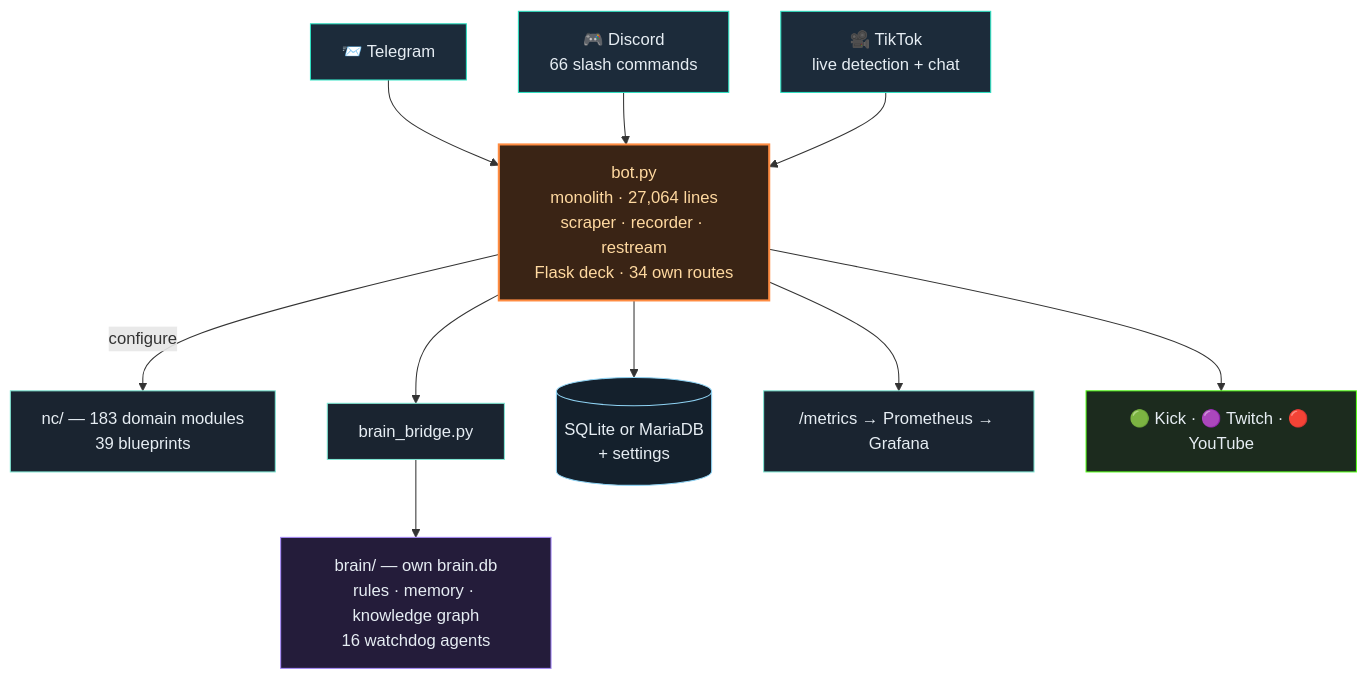
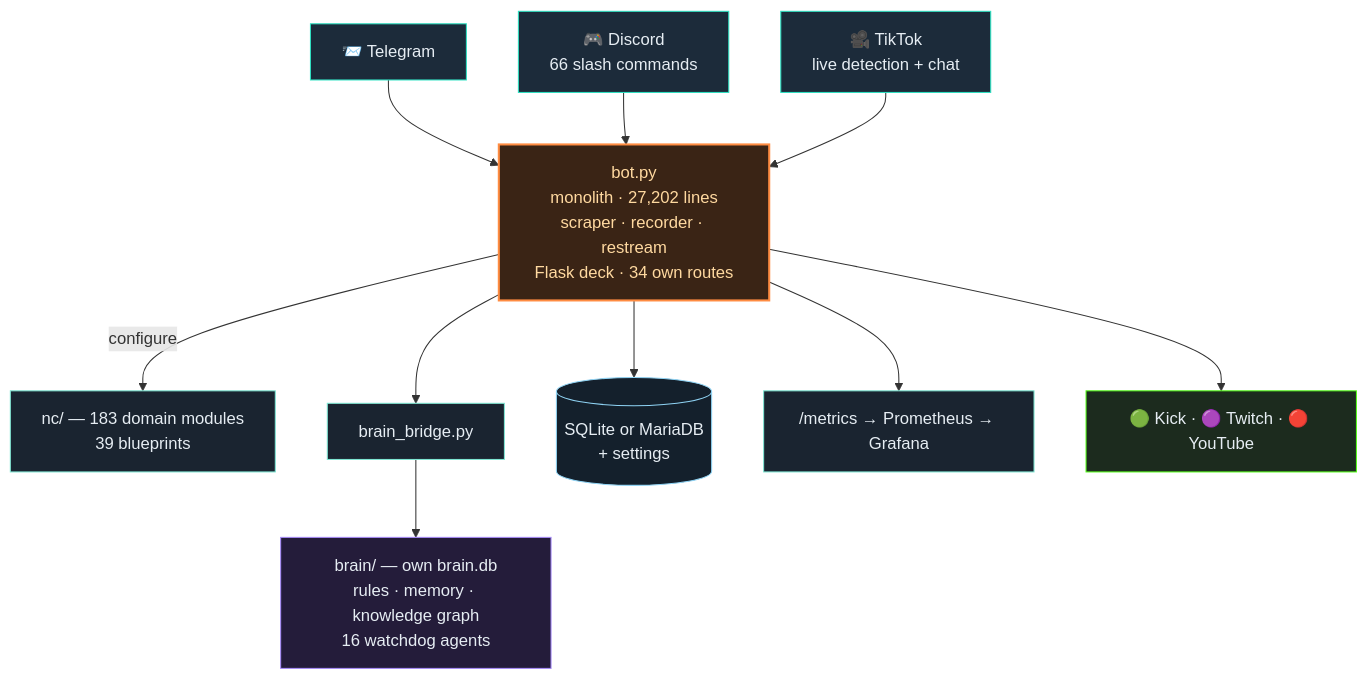
The second of 3 diagrams in README.en.md (itsamemedev/Telegram-Stream-Info-Bot), drawn with Mermaid before and after one commit. The commit also changed other lines of this file and 15 other files, not shown here.

````diff
--- a/README.en.md
+++ b/README.en.md
@@ -119,19 +119,19 @@
 ```mermaid
 flowchart TB
     TG["📨 Telegram"]:::ein --> BOT
     DC["🎮 Discord<br/>66 slash commands"]:::ein --> BOT
     TT["🎥 TikTok<br/>live detection + chat"]:::ein --> BOT
-    BOT["bot.py<br/>monolith · 27,064 lines<br/>scraper · recorder · restream<br/>Flask deck · 34 own routes"]:::core
+    BOT["bot.py<br/>monolith · 27,202 lines<br/>scraper · recorder · restream<br/>Flask deck · 34 own routes"]:::core
     BOT -->|configure| NC["nc/ — 183 domain modules<br/>39 blueprints"]:::lib
     BOT --> BR["brain_bridge.py"]:::lib
     BR --> BRAIN["brain/ — own brain.db<br/>rules · memory · knowledge graph<br/>16 watchdog agents"]:::brain
     BOT --> DB[("SQLite or MariaDB<br/>+ settings")]:::db
     BOT --> PROM["/metrics → Prometheus → Grafana"]:::lib
     BOT --> OUT["🟢 Kick · 🟣 Twitch · 🔴 YouTube"]:::out
     classDef ein fill:#1c2b3a,stroke:#2de1c2,color:#e6edf3
     classDef core fill:#3a2415,stroke:#ff8c42,stroke-width:2px,color:#ffd9a0
     classDef lib fill:#1a2430,stroke:#7fe7d4,color:#e6edf3
     classDef brain fill:#241c3a,stroke:#a78bfa,color:#e6edf3
     classDef db fill:#14202c,stroke:#8fd3f4,color:#e6edf3
     classDef out fill:#1c2b1e,stroke:#53fc18,color:#e6edf3
 ```
````
